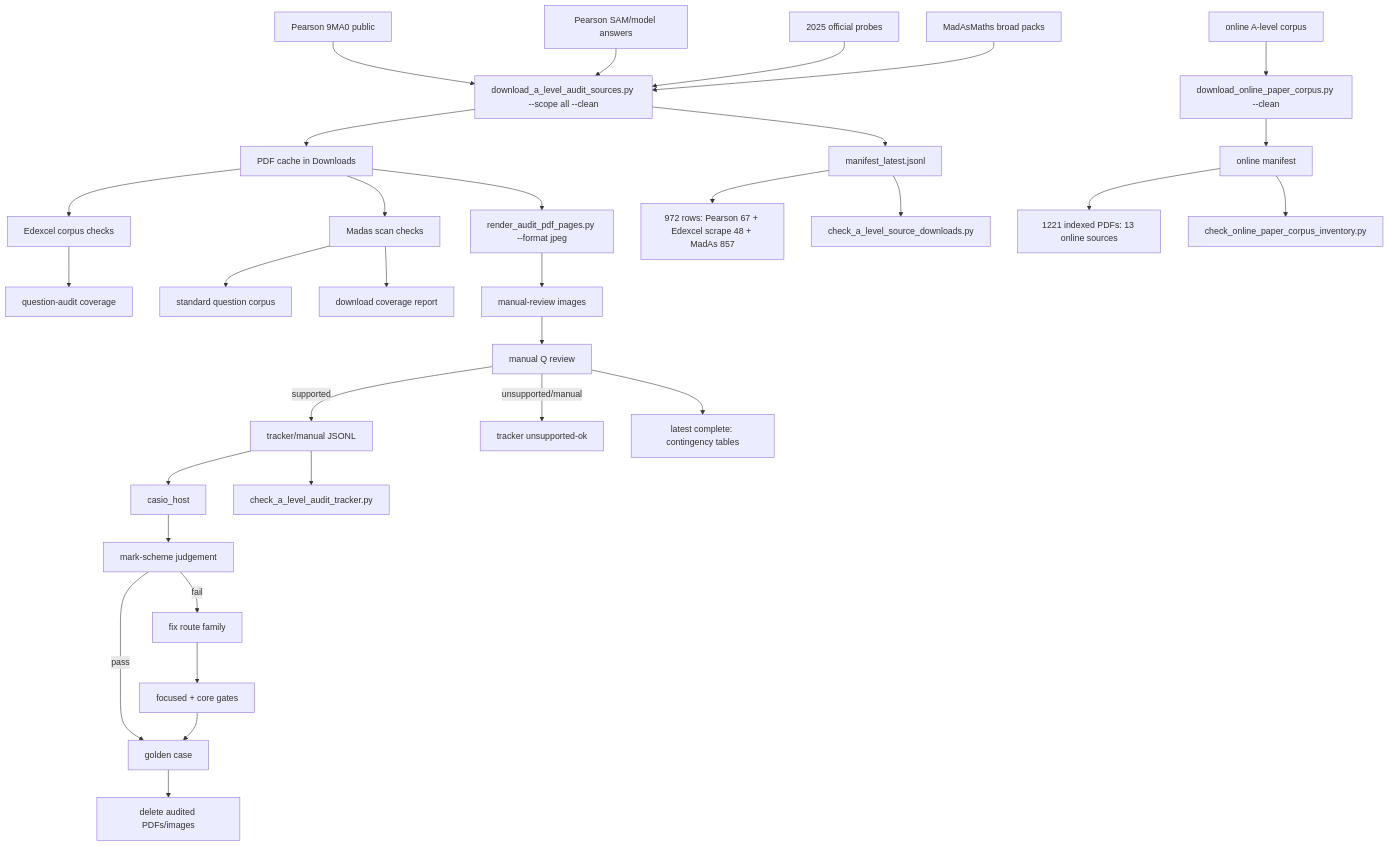
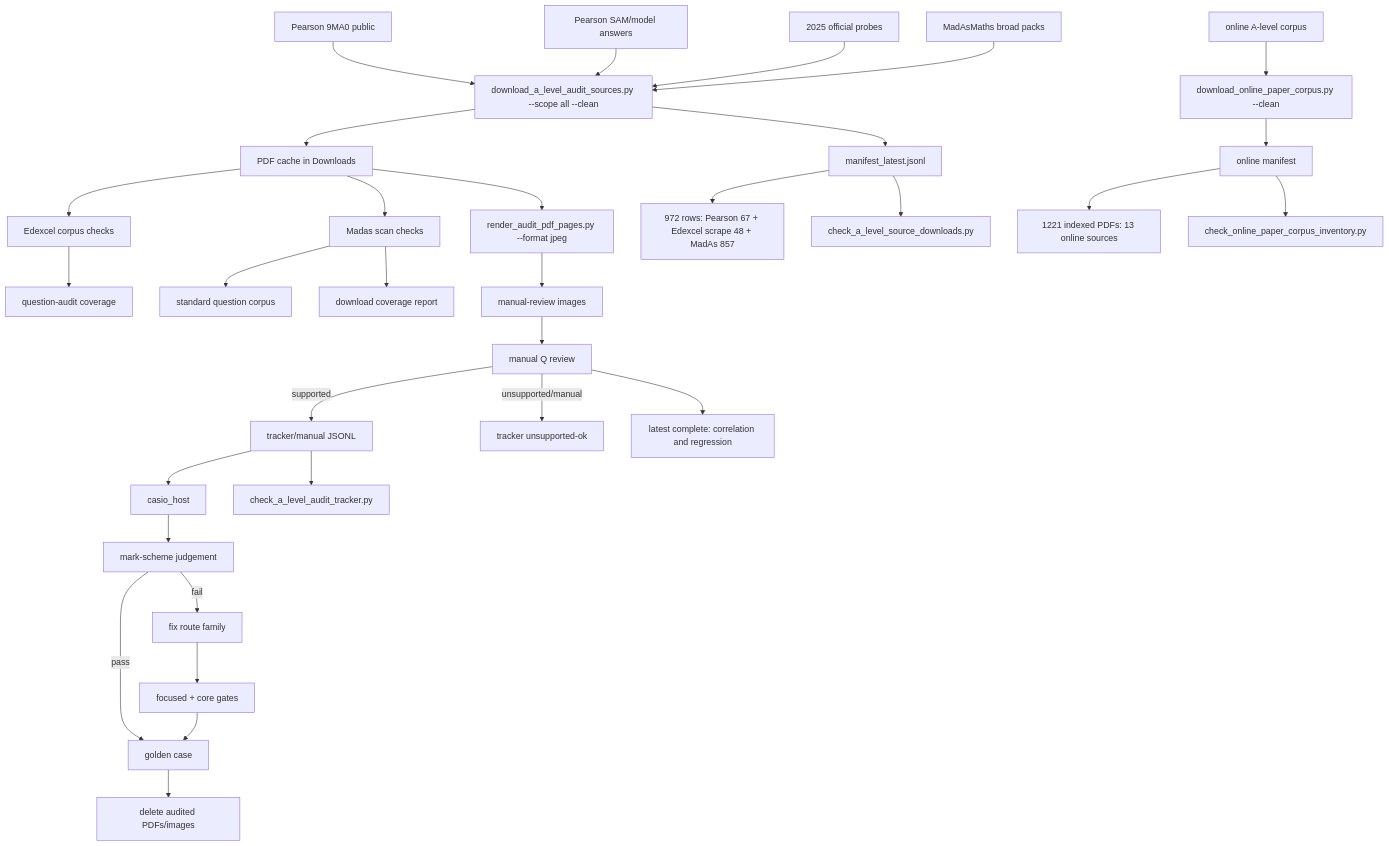
One commit to james8464/notes-addin-casio-fx-cg50 changed the diagram in c++/tools/golden/a_level_audit_graph.md. Above: the diagram before and after it, drawn with Mermaid. The commit also changed other lines of this file and 2 other files, not shown here.

Commit message:
Audit correlation and regression booklet

````diff
--- a/c++/tools/golden/a_level_audit_graph.md
+++ b/c++/tools/golden/a_level_audit_graph.md
@@ -3,34 +3,34 @@
 ```mermaid
 graph TD
   E1["Pearson 9MA0 public"] --> D["download_a_level_audit_sources.py --scope all --clean"]
   E2["Pearson SAM/model answers"] --> D
   E3["2025 official probes"] --> D
   M1["MadAsMaths broad packs"] --> D
   O1["online A-level corpus"] --> OD["download_online_paper_corpus.py --clean"]
   D --> P["PDF cache in Downloads"]
   D --> X["manifest_latest.jsonl"]
   OD --> OX["online manifest"]
   X --> XC["972 rows: Pearson 67 + Edexcel scrape 48 + MadAs 857"]
   OX --> OC["1221 indexed PDFs: 13 online sources"]
   X --> V["check_a_level_source_downloads.py"]
   OX --> OV["check_online_paper_corpus_inventory.py"]
   P --> E["Edexcel corpus checks"]
   E --> EQ["question-audit coverage"]
   P --> S["Madas scan checks"]
   S --> M["standard question corpus"]
   S --> MC["download coverage report"]
   P --> R["render_audit_pdf_pages.py --format jpeg"]
   R --> I["manual-review images"]
   I --> Q["manual Q review"]
   Q -->|supported| J["tracker/manual JSONL"]
   Q -->|unsupported/manual| U["tracker unsupported-ok"]
   J --> H["casio_host"]
   J --> K["check_a_level_audit_tracker.py"]
   H --> C["mark-scheme judgement"]
   C -->|pass| G["golden case"]
   C -->|fail| F["fix route family"]
   F --> T["focused + core gates"]
   T --> G
   G --> Z["delete audited PDFs/images"]
-  Q --> QCont["latest complete: contingency tables"]
+  Q --> QCorr["latest complete: correlation and regression"]
 ```
````
